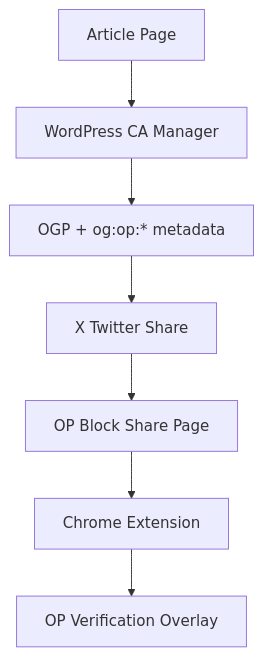
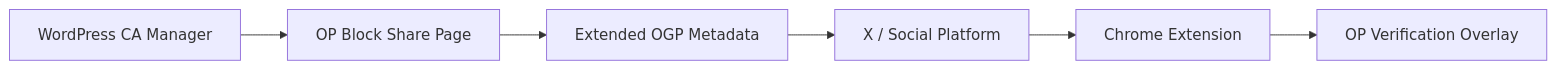
Before and after one commit to yoshid8s/opg-ca-extension: the first of 4 diagrams in README.md, drawn with Mermaid. The commit also changed other lines of this file, not shown here.

````diff
--- a/README.md
+++ b/README.md
@@ -81,19 +81,16 @@
 ```mermaid
-flowchart TD
+flowchart LR
 
-A[Article Page]
-B[WordPress CA Manager]
-C[OGP + og:op:* metadata]
-D[X Twitter Share]
-E[OP Block Share Page]
-F[Chrome Extension]
-G[OP Verification Overlay]
+A[WordPress CA Manager]
+B[OP Block Share Page]
+C[Extended OGP Metadata]
+D[X / Social Platform]
+E[Chrome Extension]
+F[OP Verification Overlay]
 
 A --> B
 B --> C
 C --> D
 D --> E
 E --> F
-F --> G
-
 ```
````
